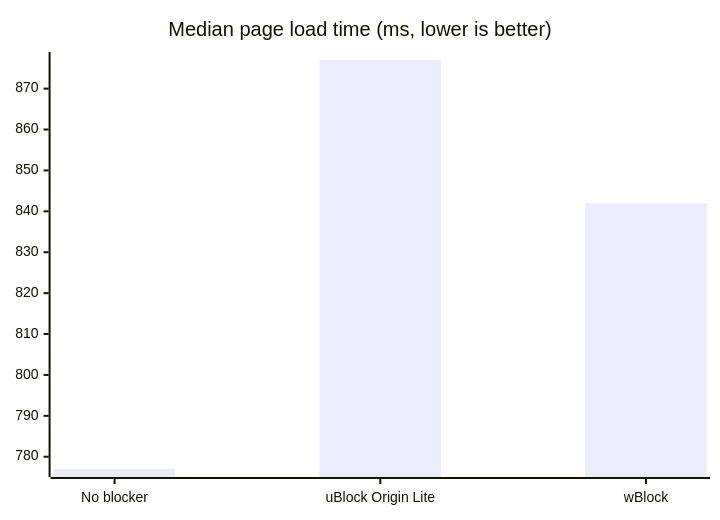
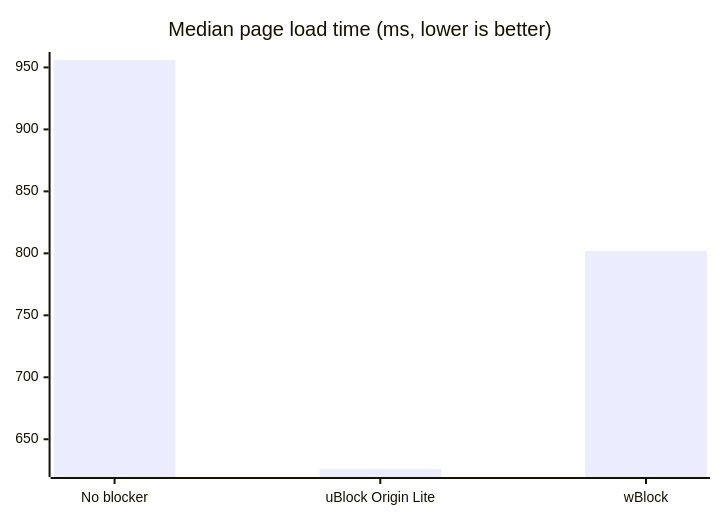
One commit to btecu/safari-ad changed the second of 2 diagrams in README.md. Above: the diagram before and after it, drawn with Mermaid. The commit also changed other lines of this file and 54 other files, not shown here.

````diff
--- a/README.md
+++ b/README.md
@@ -65,6 +65,6 @@
 ```mermaid
 xychart-beta
   title "Median page load time (ms, lower is better)"
   x-axis ["No blocker", "uBlock Origin Lite", "wBlock"]
-  bar [777, 877, 842]
+  bar [956, 626, 802]
 ```
````
